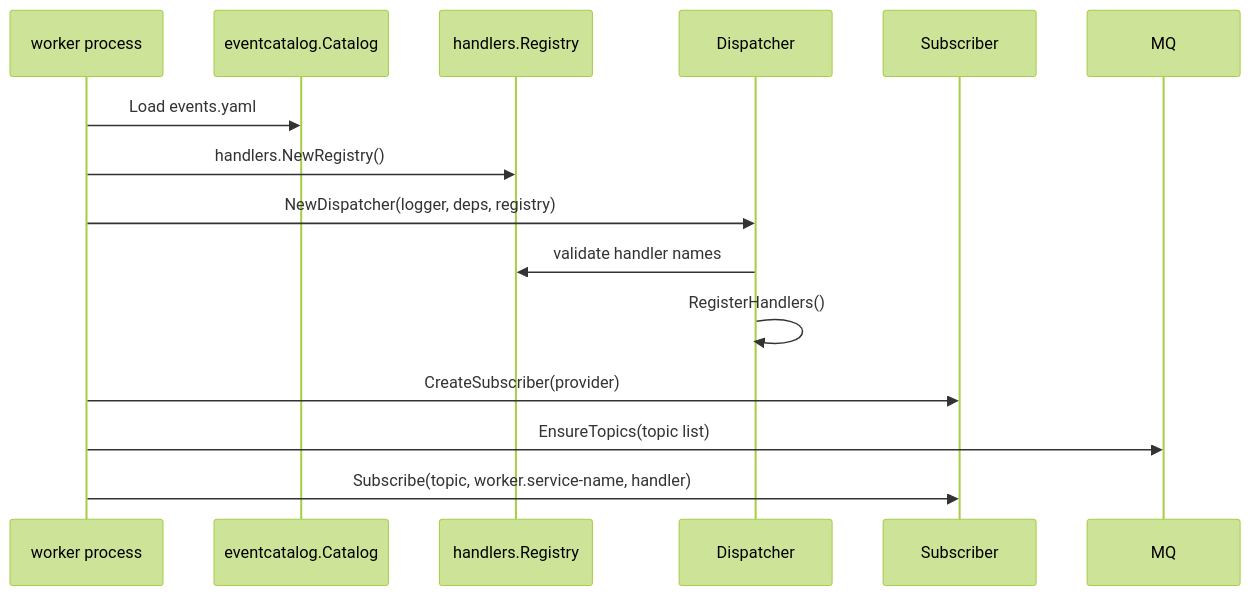
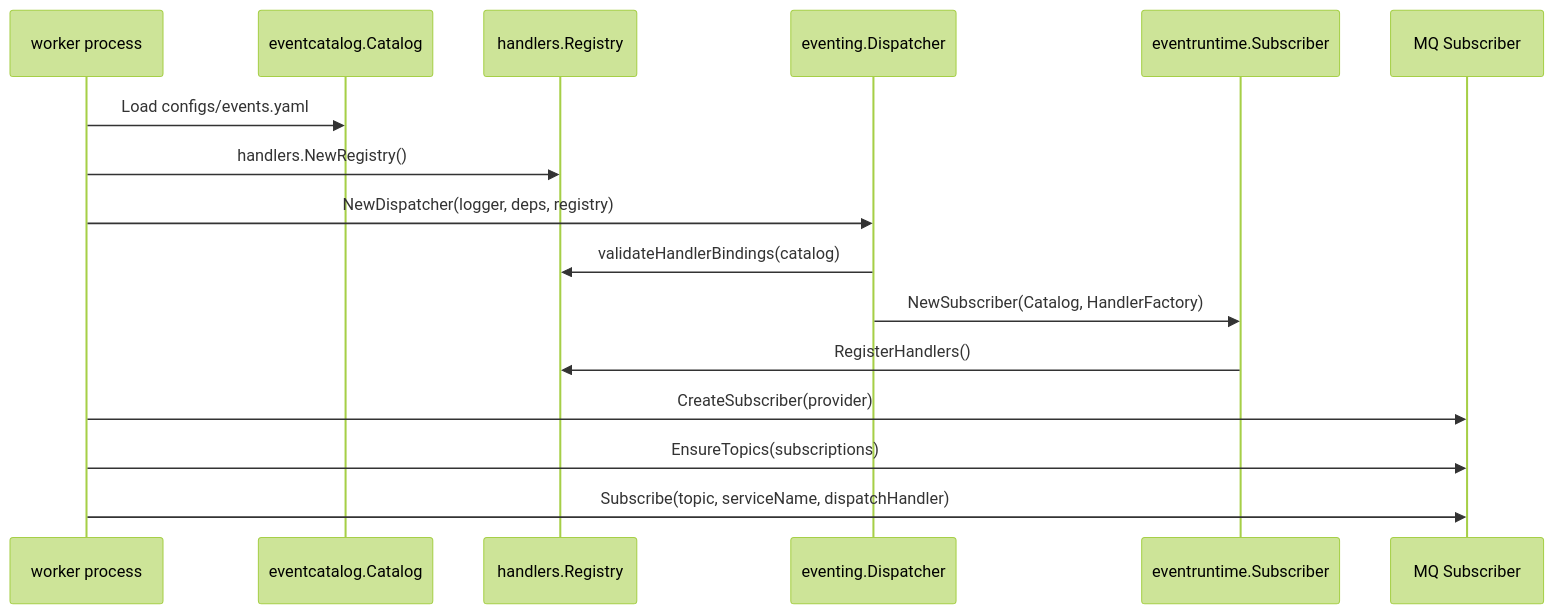
The second of 4 diagrams in docs/03-基础设施/event/03-Worker消费与AckNack.md (FangcunMount/qs-server), drawn with Mermaid (forest theme) before and after one commit. The commit also changed other lines of this file and 9 other files, not shown here.

````diff
--- a/docs/03-基础设施/event/03-Worker消费与AckNack.md
+++ b/docs/03-基础设施/event/03-Worker消费与AckNack.md
@@ -41,18 +93,19 @@
 ```mermaid
 sequenceDiagram
     participant P as worker process
-    participant C as eventcatalog.Catalog
-    participant R as handlers.Registry
-    participant D as Dispatcher
-    participant S as Subscriber
-    participant MQ as MQ
+    participant Catalog as eventcatalog.Catalog
+    participant Registry as handlers.Registry
+    participant Dispatcher as eventing.Dispatcher
+    participant Subscriber as eventruntime.Subscriber
+    participant MQ as MQ Subscriber
 
-    P->>C: Load events.yaml
-    P->>R: handlers.NewRegistry()
-    P->>D: NewDispatcher(logger, deps, registry)
-    D->>R: validate handler names
-    D->>D: RegisterHandlers()
-    P->>S: CreateSubscriber(provider)
-    P->>MQ: EnsureTopics(topic list)
-    P->>S: Subscribe(topic, worker.service-name, handler)
+    P->>Catalog: Load configs/events.yaml
+    P->>Registry: handlers.NewRegistry()
+    P->>Dispatcher: NewDispatcher(logger, deps, registry)
+    Dispatcher->>Registry: validateHandlerBindings(catalog)
+    Dispatcher->>Subscriber: NewSubscriber(Catalog, HandlerFactory)
+    Subscriber->>Registry: RegisterHandlers()
+    P->>MQ: CreateSubscriber(provider)
+    P->>MQ: EnsureTopics(subscriptions)
+    P->>MQ: Subscribe(topic, serviceName, dispatchHandler)
 ```
````
